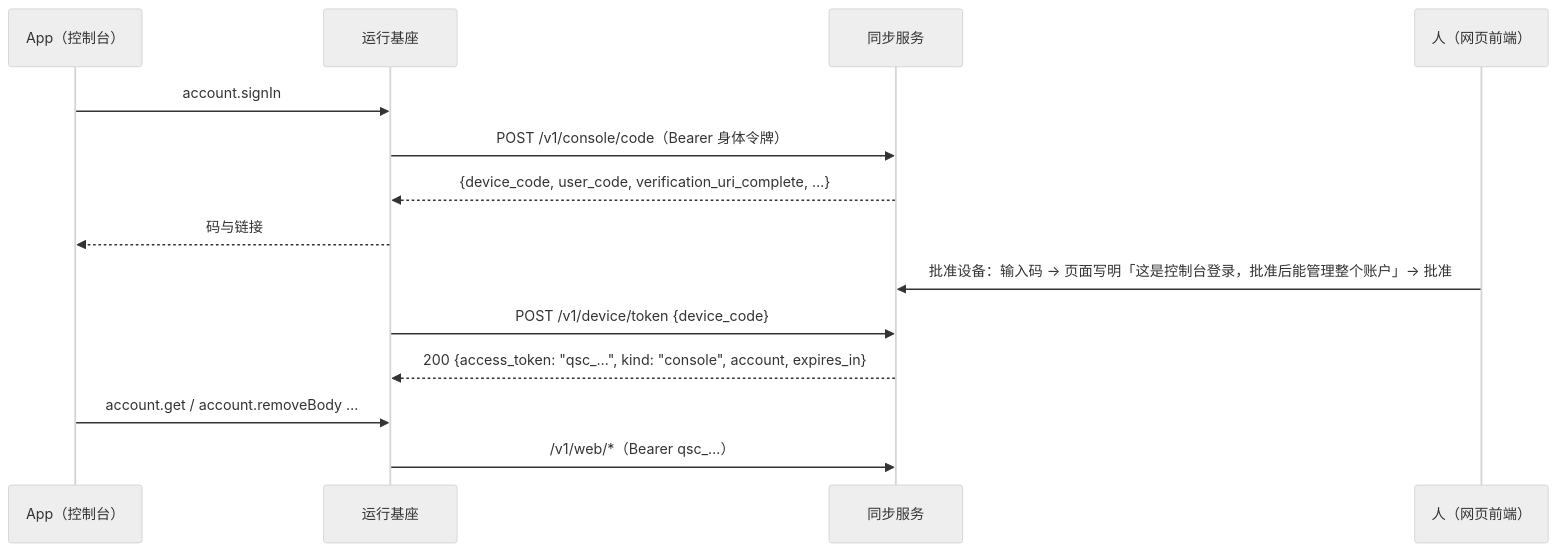
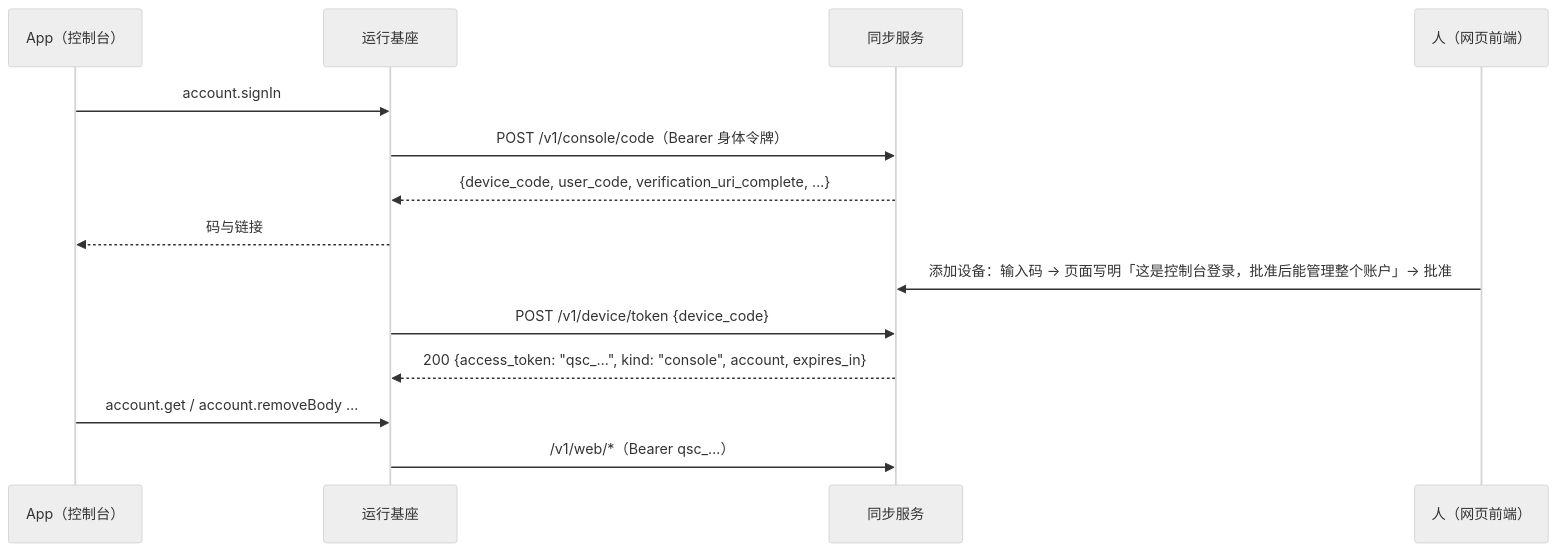
The third of 3 diagrams in sync/docs/PROTOCOL.md (Causally-XYZ/Project.Quetzal), drawn with Mermaid (neutral theme) before and after one commit. The commit also changed other lines of this file and 10 other files, not shown here.

````diff
--- a/sync/docs/PROTOCOL.md
+++ b/sync/docs/PROTOCOL.md
@@ -196,16 +196,16 @@
 ```mermaid
 sequenceDiagram
   participant A as App（控制台）
   participant B as 运行基座
   participant S as 同步服务
   participant U as 人（网页前端）
   A->>B: account.signIn
   B->>S: POST /v1/console/code（Bearer 身体令牌）
   S-->>B: {device_code, user_code, verification_uri_complete, …}
   B-->>A: 码与链接
-  U->>S: 批准设备：输入码 → 页面写明「这是控制台登录，批准后能管理整个账户」→ 批准
+  U->>S: 添加设备：输入码 → 页面写明「这是控制台登录，批准后能管理整个账户」→ 批准
   B->>S: POST /v1/device/token {device_code}
   S-->>B: 200 {access_token: "qsc_…", kind: "console", account, expires_in}
   A->>B: account.get / account.removeBody …
   B->>S: /v1/web/*（Bearer qsc_…）
 ```
````
